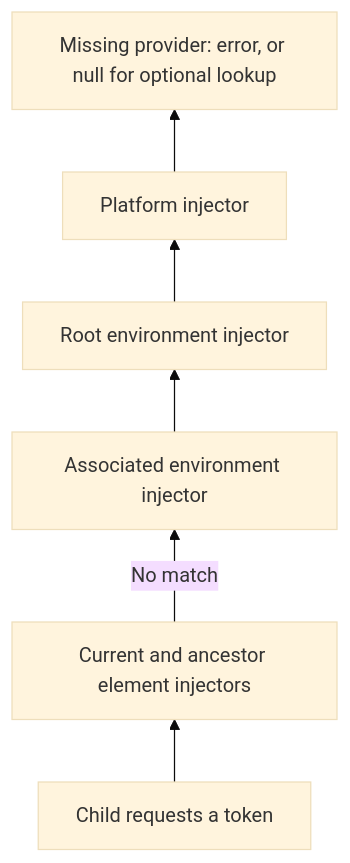
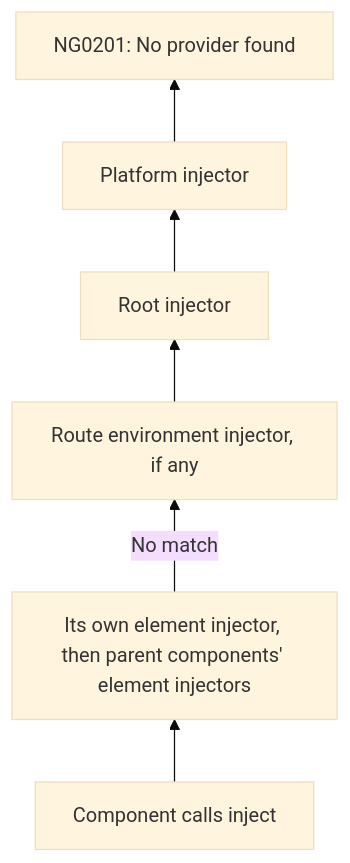
The second of 2 diagrams in src/content/blog/angular-dependency-injection.md (theo-matzavinos/dump), drawn with Mermaid (base theme) before and after one commit. The commit also changed other lines of this file and 24 other files, not shown here.

First line of the commit message:
Revise all articles for voice, junior readers, and flow

````diff
--- a/src/content/blog/angular-dependency-injection.md
+++ b/src/content/blog/angular-dependency-injection.md
@@ -233,8 +328,8 @@
 ```mermaid
 flowchart BT
-    Child[Child requests a token] --> Local[Current and ancestor element injectors]
-    Local -->|No match| Route[Associated environment injector]
-    Route --> Root[Root environment injector]
+    Child[Component calls inject] --> Local[Its own element injector, then parent components' element injectors]
+    Local -->|No match| Route[Route environment injector, if any]
+    Route --> Root[Root injector]
     Root --> Platform[Platform injector]
-    Platform --> Missing[Missing provider: error, or null for optional lookup]
+    Platform --> Missing[NG0201: No provider found]
 ```
````
